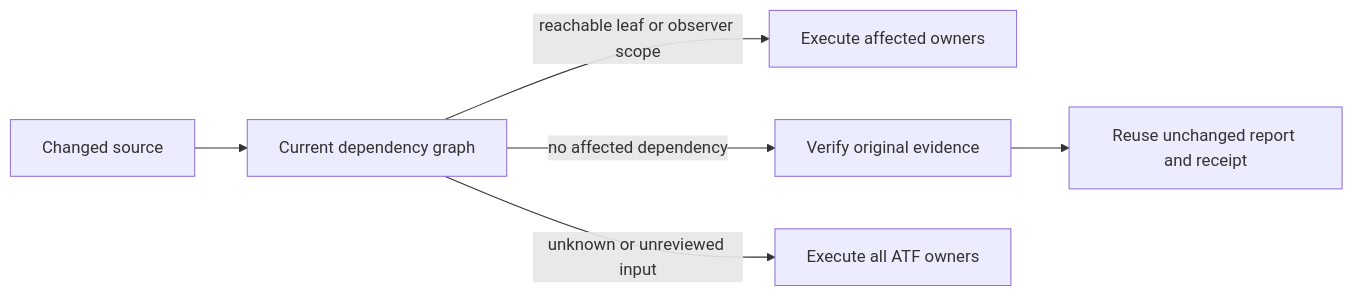
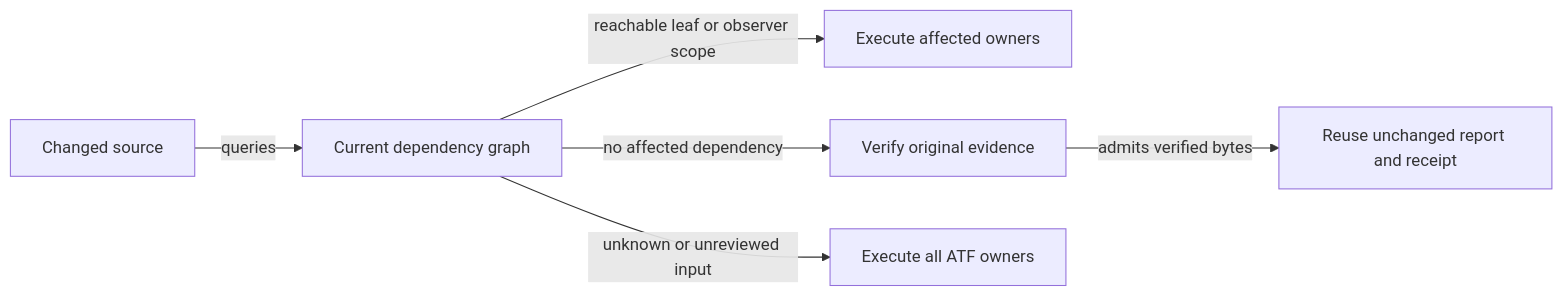
Before and after one commit to crististefanita/whist: the second of 4 diagrams in docs/testing/ATF_Collections.md, drawn with Mermaid. The commit also changed other lines of this file, not shown here.

Commit message:
docs: tighten dependency guide prose and explain graph edges

````diff
--- a/docs/testing/ATF_Collections.md
+++ b/docs/testing/ATF_Collections.md
@@ -163,8 +163,8 @@
 ```mermaid
 flowchart LR
-    INPUT[Changed source] --> GRAPH[Current dependency graph]
+    INPUT[Changed source] -->|queries| GRAPH[Current dependency graph]
     GRAPH -->|reachable leaf or observer scope| RUN[Execute affected owners]
     GRAPH -->|no affected dependency| ADMIT[Verify original evidence]
-    ADMIT --> REUSE[Reuse unchanged report and receipt]
+    ADMIT -->|admits verified bytes| REUSE[Reuse unchanged report and receipt]
     GRAPH -->|unknown or unreviewed input| FULL[Execute all ATF owners]
 ```
````
